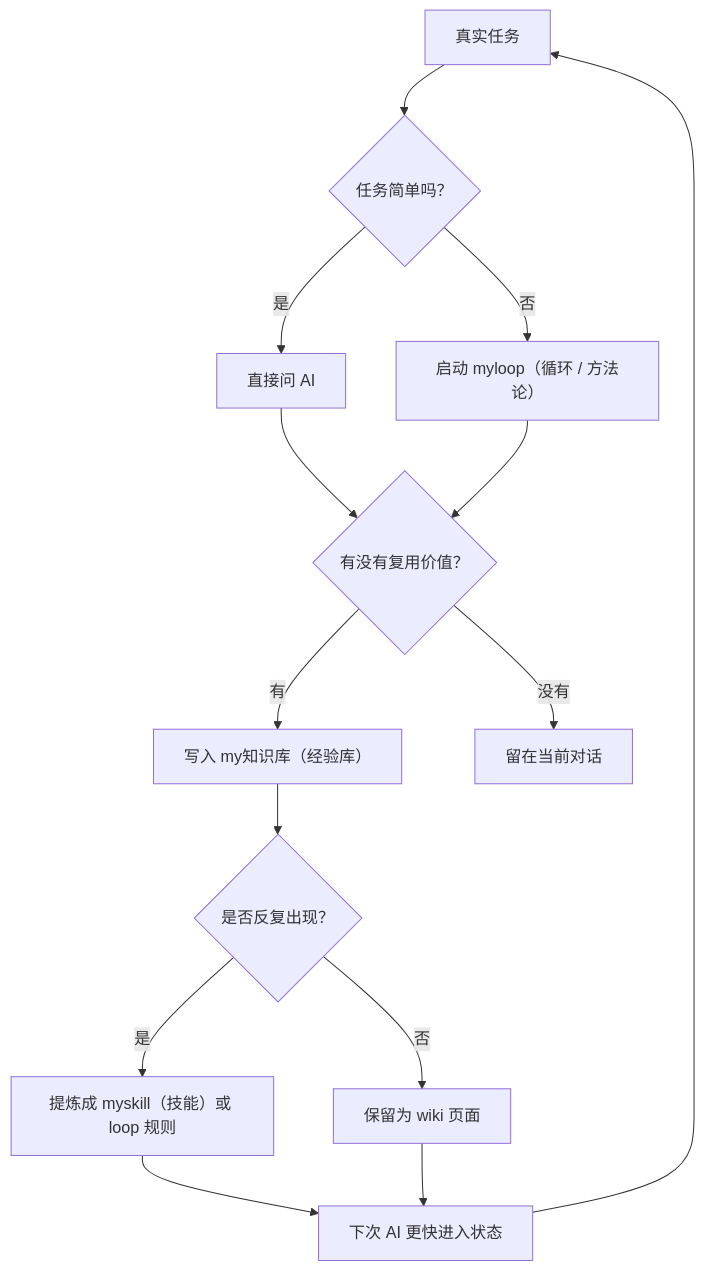
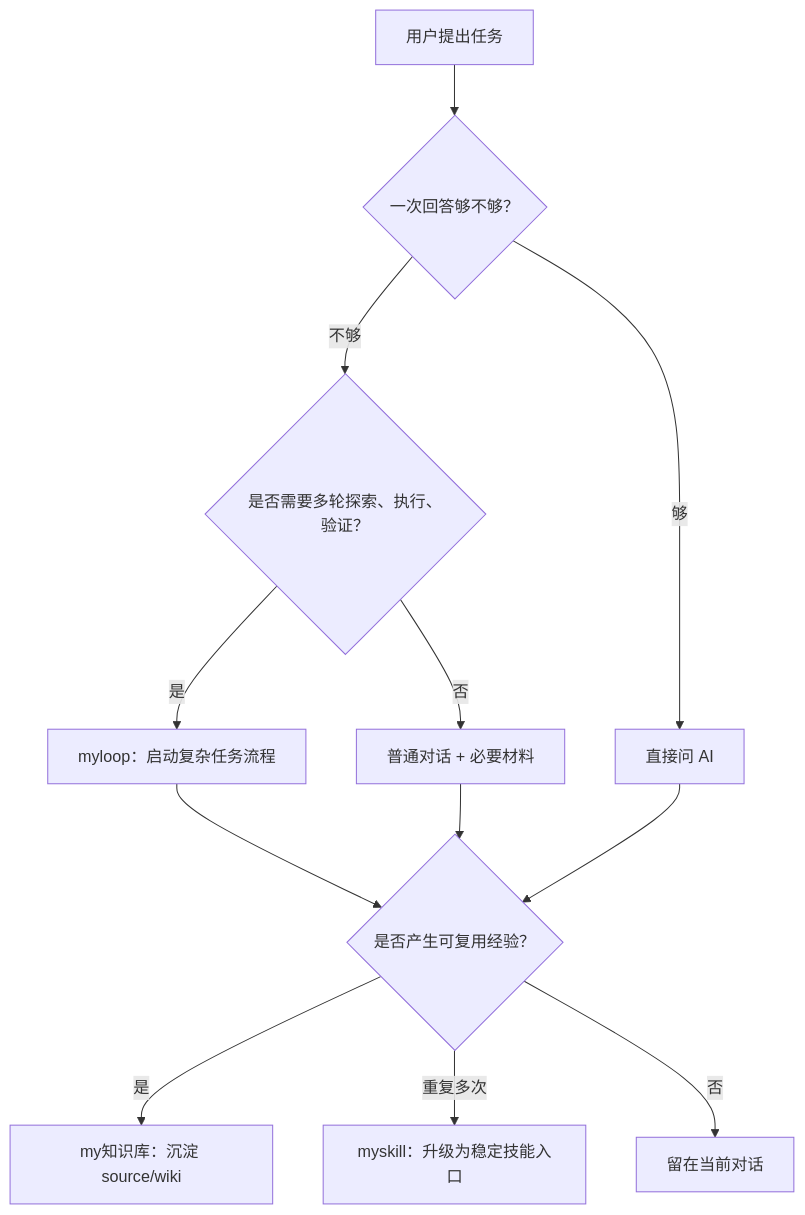
One commit to Yang1999code/personal-ai-os changed the diagram in README.md. Above: the diagram before and after it, drawn with Mermaid. The commit also changed other lines of this file and 131 other files, not shown here.

Commit message:
docs: update personal AI OS architecture

````diff
--- a/README.md
+++ b/README.md
@@ -16,16 +29,14 @@
 ```mermaid
 flowchart TD
-  A["真实任务"] --> B{"任务简单吗？"}
-  B -->|是| C["直接问 AI"]
-  B -->|否| D["启动 myloop（循环 / 方法论）"]
-  C --> E{"有没有复用价值？"}
-  D --> E
-  E -->|有| F["写入 my知识库（经验库）"]
-  E -->|没有| G["留在当前对话"]
-  F --> H{"是否反复出现？"}
-  H -->|是| I["提炼成 myskill（技能）或 loop 规则"]
-  H -->|否| J["保留为 wiki 页面"]
-  I --> K["下次 AI 更快进入状态"]
-  J --> K
-  K --> A
+  A["用户提出任务"] --> B{"一次回答够不够？"}
+  B -->|够| C["直接问 AI"]
+  B -->|不够| D{"是否需要多轮探索、执行、验证？"}
+  D -->|是| E["myloop：启动复杂任务流程"]
+  D -->|否| F["普通对话 + 必要材料"]
+  E --> G{"是否产生可复用经验？"}
+  F --> G
+  C --> G
+  G -->|是| H["my知识库：沉淀 source/wiki"]
+  G -->|重复多次| I["myskill：升级为稳定技能入口"]
+  G -->|否| J["留在当前对话"]
 ```
````
